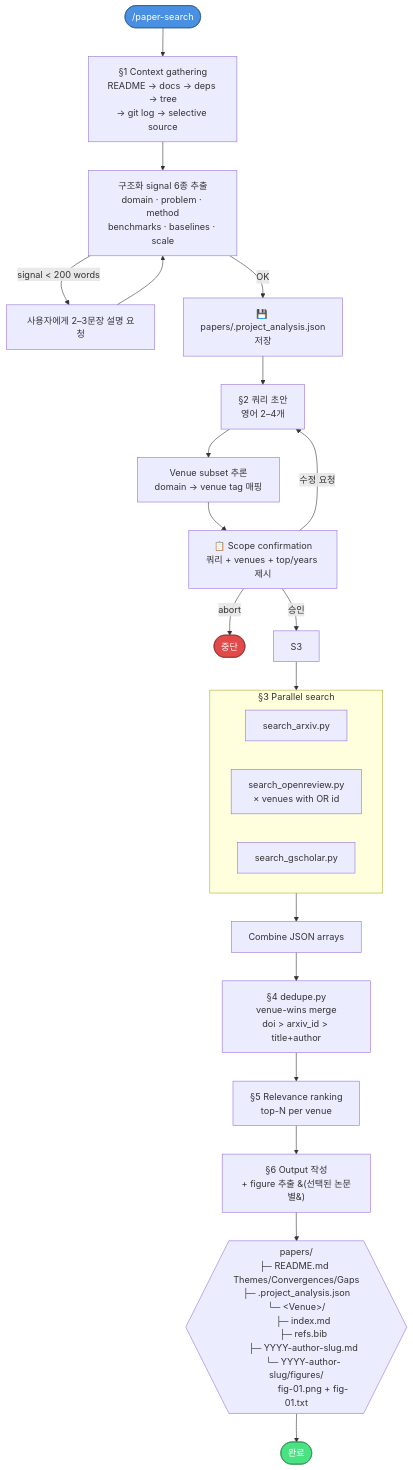
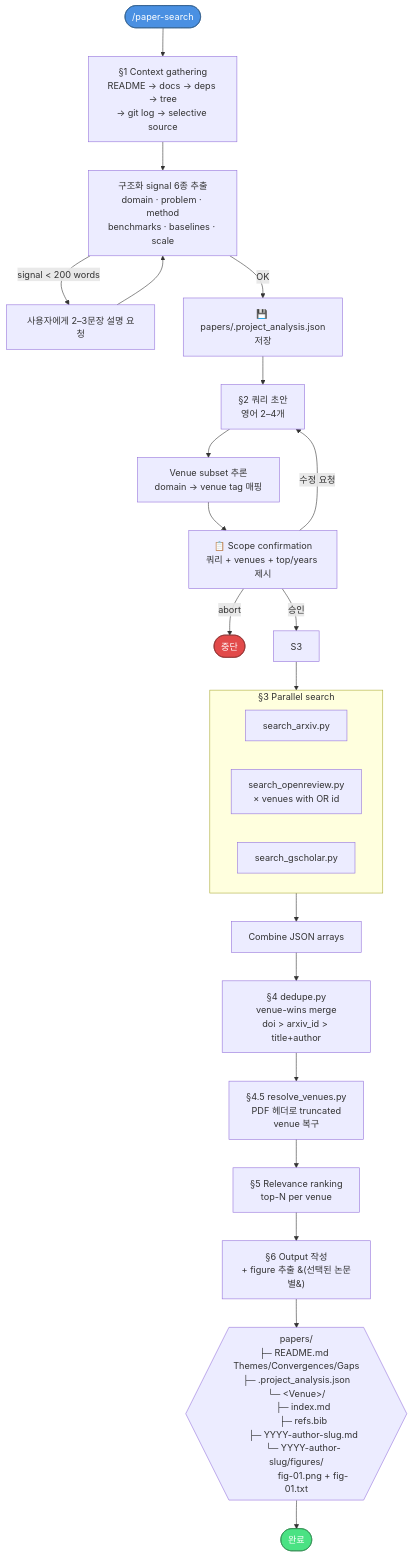
One commit to apple4ree/paper_search changed the first of 2 diagrams in README.md. Above: the diagram before and after it, drawn with Mermaid. The commit also changed 6 other files, not shown here.

First line of the commit message:
feat: PDF-based venue resolution for truncated gscholar strings

````diff
--- a/README.md
+++ b/README.md
@@ -12,32 +12,33 @@
 ```mermaid
 flowchart TD
     Start([/paper-search]):::cmd --> S1[§1 Context gathering<br/>README → docs → deps → tree<br/>→ git log → selective source]
     S1 --> Extract[구조화 signal 6종 추출<br/>domain · problem · method<br/>benchmarks · baselines · scale]
     Extract -->|signal &lt; 200 words| Ask[사용자에게 2–3문장 설명 요청]
     Ask --> Extract
     Extract -->|OK| Persist[💾 papers/.project_analysis.json<br/>저장]
     Persist --> S2A[§2 쿼리 초안<br/>영어 2–4개]
     S2A --> Infer[Venue subset 추론<br/>domain → venue tag 매핑]
     Infer --> Scope[📋 Scope confirmation<br/>쿼리 + venues + top/years 제시]
     Scope -->|수정 요청| S2A
     Scope -->|abort| StopE([중단]):::stop
     Scope -->|승인| S3
 
     subgraph Par [§3 Parallel search]
         direction LR
         A[search_arxiv.py]
         O[search_openreview.py<br/>× venues with OR id]
         G[search_gscholar.py]
     end
     S3 --> Par
     Par --> Merge[Combine JSON arrays]
     Merge --> S4[§4 dedupe.py<br/>venue-wins merge<br/>doi &gt; arxiv_id &gt; title+author]
-    S4 --> S5[§5 Relevance ranking<br/>top-N per venue]
+    S4 --> S45[§4.5 resolve_venues.py<br/>PDF 헤더로 truncated<br/>venue 복구]
+    S45 --> S5[§5 Relevance ranking<br/>top-N per venue]
     S5 --> S6[§6 Output 작성<br/>+ figure 추출 &#40;선택된 논문별&#41;]
     S6 --> Out{{papers/<br/>├─ README.md  Themes/Convergences/Gaps<br/>├─ .project_analysis.json<br/>└─ &lt;Venue&gt;/<br/>⠀⠀├─ index.md<br/>⠀⠀├─ refs.bib<br/>⠀⠀├─ YYYY-author-slug.md<br/>⠀⠀└─ YYYY-author-slug/figures/<br/>⠀⠀⠀⠀⠀fig-01.png + fig-01.txt}}
     Out --> Done([완료]):::done
 
     classDef cmd fill:#4a90e2,stroke:#2e5c8a,color:#fff
     classDef stop fill:#e24a4a,stroke:#8a2e2e,color:#fff
     classDef done fill:#4ae283,stroke:#2e8a4f,color:#fff
 ```
````
